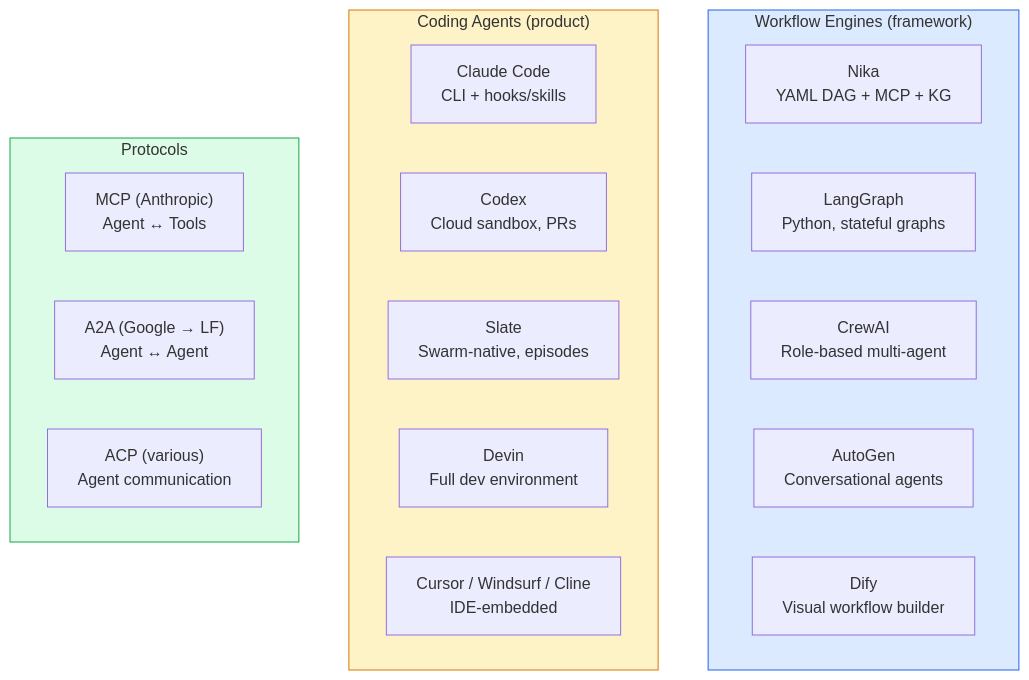
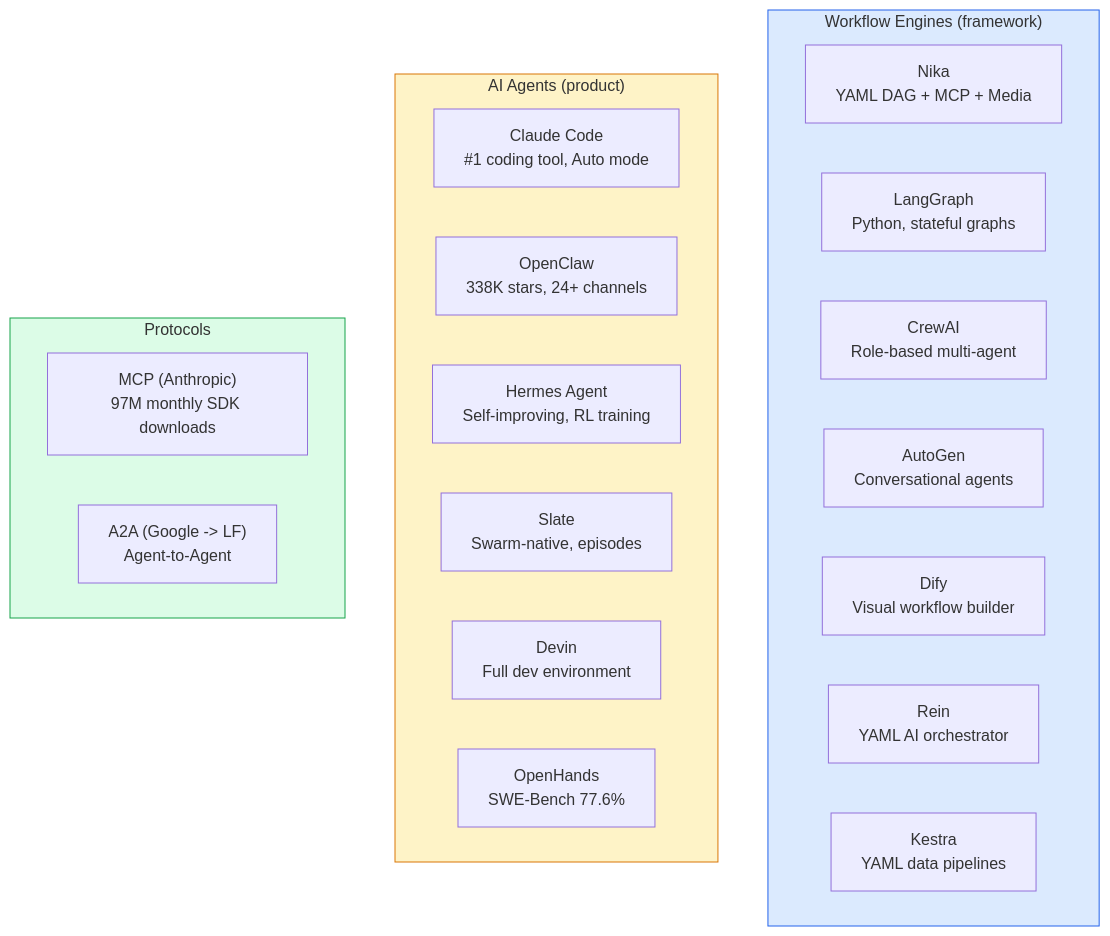
The second of 15 diagrams in docs/vision/03-competitive-and-inspiration.md (supernovae-st/nika), drawn with Mermaid before and after one commit. The commit also changed other lines of this file and 5 other files, not shown here.

````diff
--- a/docs/vision/03-competitive-and-inspiration.md
+++ b/docs/vision/03-competitive-and-inspiration.md
@@ -34,31 +38,33 @@
 ```mermaid
 flowchart TB
     subgraph ENGINES["Workflow Engines (framework)"]
         direction LR
-        NIKA["Nika\nYAML DAG + MCP + KG"]
+        NIKA["Nika\nYAML DAG + MCP + Media"]
         LG["LangGraph\nPython, stateful graphs"]
         CREW["CrewAI\nRole-based multi-agent"]
         AUTO["AutoGen\nConversational agents"]
         DIFY["Dify\nVisual workflow builder"]
+        REIN["Rein\nYAML AI orchestrator"]
+        KESTRA["Kestra\nYAML data pipelines"]
     end
 
-    subgraph AGENTS["Coding Agents (product)"]
+    subgraph AGENTS["AI Agents (product)"]
         direction LR
-        CC["Claude Code\nCLI + hooks/skills"]
-        CODEX["Codex\nCloud sandbox, PRs"]
+        CC["Claude Code\n#1 coding tool, Auto mode"]
+        OC["OpenClaw\n338K stars, 24+ channels"]
+        HERMES["Hermes Agent\nSelf-improving, RL training"]
         SLATE["Slate\nSwarm-native, episodes"]
         DEVIN["Devin\nFull dev environment"]
-        CURSOR["Cursor / Windsurf / Cline\nIDE-embedded"]
+        OH["OpenHands\nSWE-Bench 77.6%"]
     end
 
     subgraph PROTOCOLS["Protocols"]
         direction LR
-        MCP["MCP (Anthropic)\nAgent ↔ Tools"]
-        A2A["A2A (Google → LF)\nAgent ↔ Agent"]
-        ACP["ACP (various)\nAgent communication"]
+        MCP["MCP (Anthropic)\n97M monthly SDK downloads"]
+        A2A["A2A (Google -> LF)\nAgent-to-Agent"]
     end
 
     style ENGINES fill:#dbeafe,stroke:#2563eb
     style AGENTS fill:#fef3c7,stroke:#d97706
     style PROTOCOLS fill:#dcfce7,stroke:#16a34a
 ```
````
